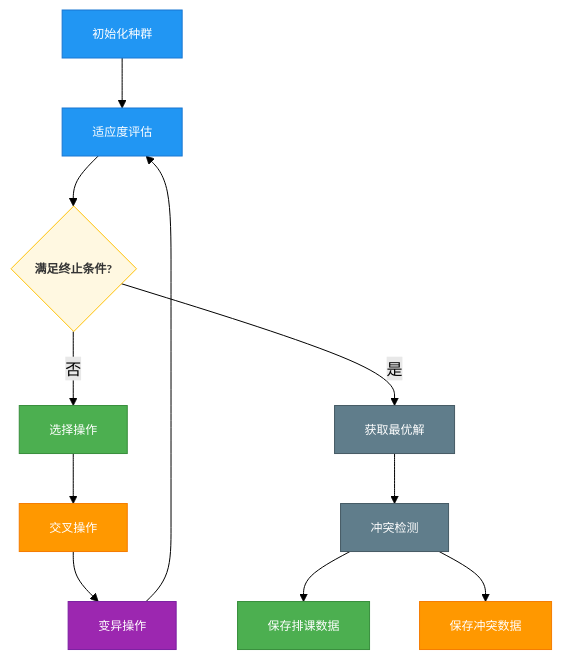
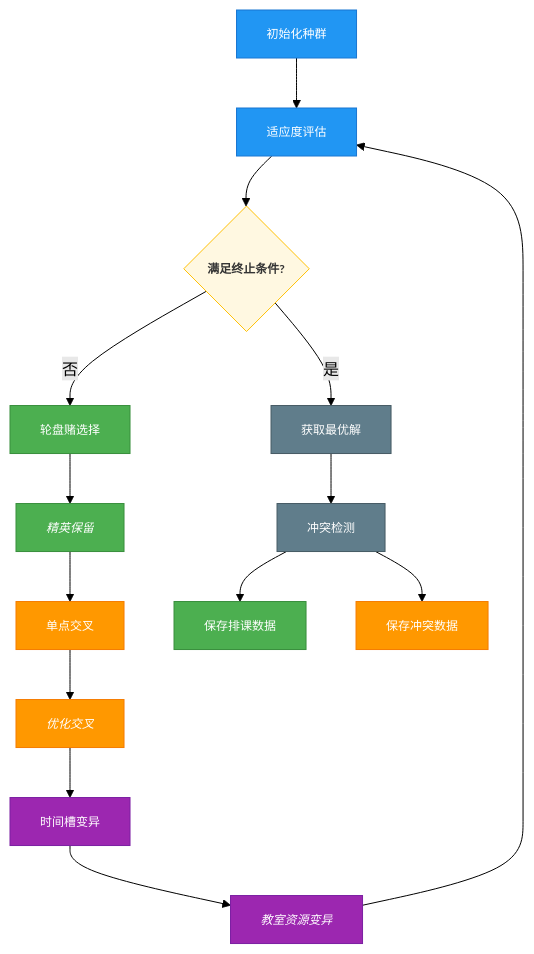
Before and after one commit to class-scheduling-system/develop-document: the second of 2 diagrams in docs/final/algorithm.md, drawn with Mermaid (forest theme). The commit also changed other lines of this file and 2 other files, not shown here.

Commit message:
docs: 添加视频文稿链接并优化算法流程图
在 mkdocs.yml 中添加了视频文稿的链接，并对算法文档中的流程图进行了优化，更新了选择、交叉和变异操作的描述，提升了可读性和准确性。

````diff
--- a/docs/final/algorithm.md
+++ b/docs/final/algorithm.md
@@ -113,28 +113,34 @@
 ```mermaid
 flowchart TD
     A[初始化种群] --> B[适应度评估]
     B --> C{满足终止条件?}
-    C -->|否| D[选择操作]
-    D --> E[交叉操作]
-    E --> F[变异操作]
-    F --> B
+    C -->|否| D1[轮盘赌选择]
+    D1 --> D2[精英保留]
+    D2 --> E1[单点交叉]
+    E1 --> E2[优化交叉]
+    E2 --> F1[时间槽变异]
+    F1 --> F2[教室资源变异]
+    F2 --> B
     C -->|是| G[获取最优解]
     G --> H[冲突检测]
     H --> I[保存排课数据]
     H --> J[保存冲突数据]
 
     %% 样式定义
     style A fill:#2196F3,stroke:#1976D2,color:white
     style B fill:#2196F3,stroke:#1976D2,color:white
-    style D fill:#4CAF50,stroke:#388E3C,color:white
-    style E fill:#FF9800,stroke:#F57C00,color:white
-    style F fill:#9C27B0,stroke:#7B1FA2,color:white
+    style D1 fill:#4CAF50,stroke:#388E3C,color:white
+    style D2 fill:#4CAF50,stroke:#388E3C,color:white,font-style:italic
+    style E1 fill:#FF9800,stroke:#F57C00,color:white
+    style E2 fill:#FF9800,stroke:#F57C00,color:white,font-style:italic
+    style F1 fill:#9C27B0,stroke:#7B1FA2,color:white
+    style F2 fill:#9C27B0,stroke:#7B1FA2,color:white,font-style:italic
     style G fill:#607D8B,stroke:#455A64,color:white
     style H fill:#607D8B,stroke:#455A64,color:white
     style I fill:#4CAF50,stroke:#388E3C,color:white
     style J fill:#FF9800,stroke:#F57C00,color:white
     %% 决策节点样式
     style C fill:#FFF8E1,stroke:#FFC107,color:#333,font-weight:bold
     %% 全局设置
     classDef default font-size:12px
 ```
````
